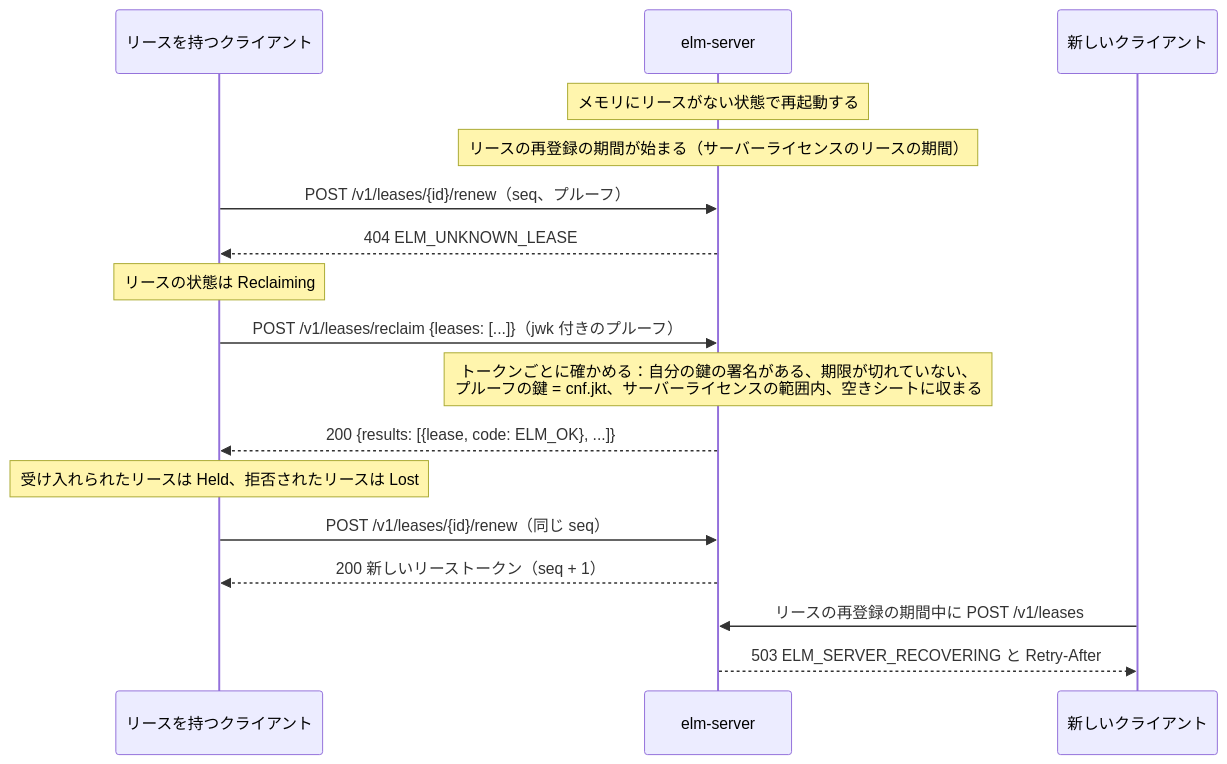
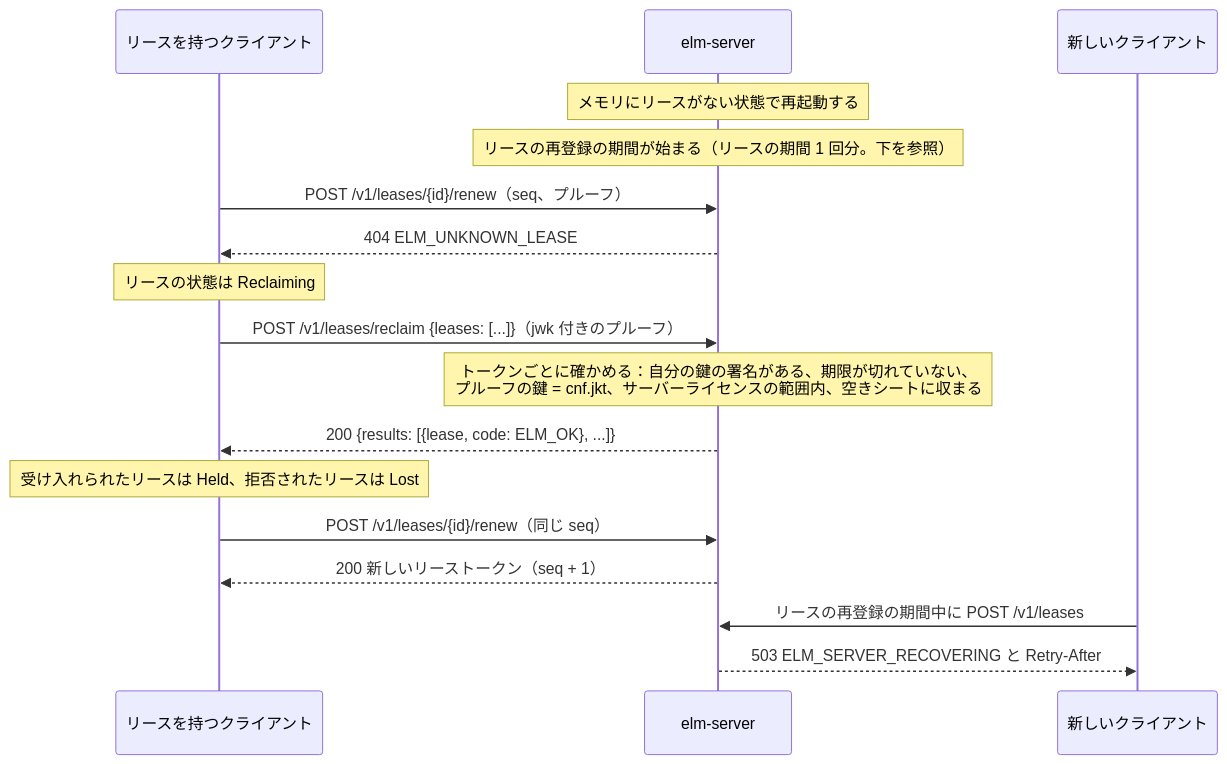
The second of 2 diagrams in docs/guide.ja/explanation/floating-licenses.md (YUKIKEDA/ElasticLM), drawn with Mermaid before and after one commit. The commit also changed other lines of this file and 16 other files, not shown here.

````diff
--- a/docs/guide.ja/explanation/floating-licenses.md
+++ b/docs/guide.ja/explanation/floating-licenses.md
@@ -184,19 +184,19 @@
 ```mermaid
 sequenceDiagram
     participant C as リースを持つクライアント
     participant S as elm-server
     participant N as 新しいクライアント
     Note over S: メモリにリースがない状態で再起動する
-    Note over S: リースの再登録の期間が始まる（サーバーライセンスのリースの期間）
+    Note over S: リースの再登録の期間が始まる（リースの期間 1 回分。下を参照）
     C->>S: POST /v1/leases/{id}/renew（seq、プルーフ）
     S-->>C: 404 ELM_UNKNOWN_LEASE
     Note over C: リースの状態は Reclaiming
     C->>S: POST /v1/leases/reclaim {leases: [...]}（jwk 付きのプルーフ）
     Note over S: トークンごとに確かめる：自分の鍵の署名がある、期限が切れていない、<br/>プルーフの鍵 = cnf.jkt、サーバーライセンスの範囲内、空きシートに収まる
     S-->>C: 200 {results: [{lease, code: ELM_OK}, ...]}
     Note over C: 受け入れられたリースは Held、拒否されたリースは Lost
     C->>S: POST /v1/leases/{id}/renew（同じ seq）
     S-->>C: 200 新しいリーストークン（seq + 1）
     N->>S: リースの再登録の期間中に POST /v1/leases
     S-->>N: 503 ELM_SERVER_RECOVERING と Retry-After
 ```
````
